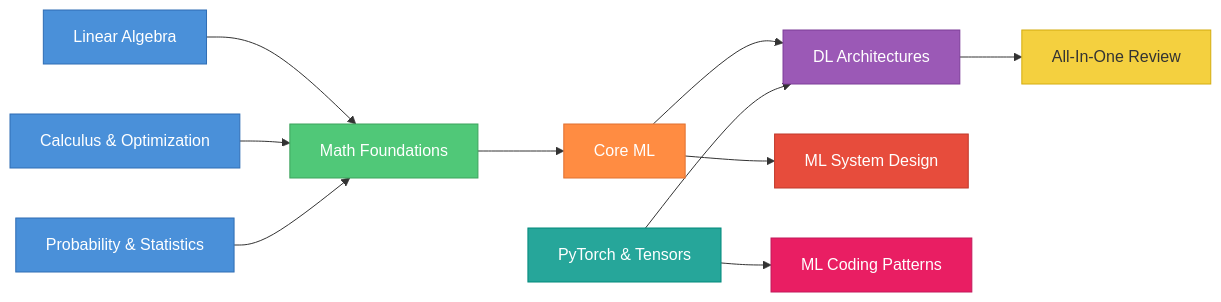
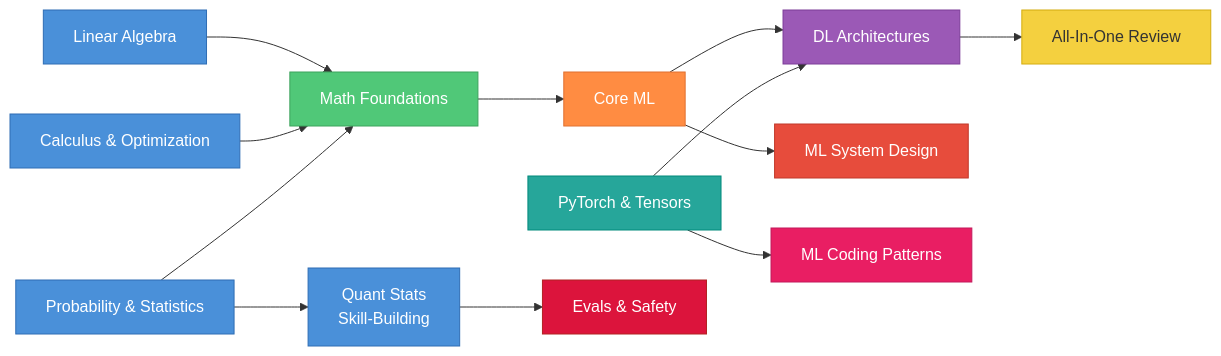
One commit to prashantkul/ai-ml-interviews-study-guide changed the diagram in README.md. Above: the diagram before and after it, drawn with Mermaid. The commit also changed other lines of this file and 1 other file, not shown here.

First line of the commit message:
docs: add evals theory reference and reorganize README

````diff
--- a/README.md
+++ b/README.md
@@ -7,21 +7,24 @@
 ```mermaid
 graph LR
     B["Linear Algebra"]:::blue --> A["Math Foundations"]:::green
     C["Calculus & Optimization"]:::blue --> A
     S["Probability & Statistics"]:::blue --> A
     A --> D["Core ML"]:::orange
     D --> E["DL Architectures"]:::purple
     D --> F["ML System Design"]:::red
     P["PyTorch & Tensors"]:::teal --> E
     P --> G["ML Coding Patterns"]:::pink
+    S --> Q["Quant Stats<br/>Skill-Building"]:::blue
+    Q --> EV["Evals & Safety"]:::crimson
     E --> H["All-In-One Review"]:::yellow
 
     classDef blue fill:#4A90D9,stroke:#2E6DB4,color:#fff
     classDef green fill:#50C878,stroke:#3DA35D,color:#fff
     classDef orange fill:#FF8C42,stroke:#E07030,color:#fff
     classDef purple fill:#9B59B6,stroke:#7D3C98,color:#fff
     classDef red fill:#E74C3C,stroke:#C0392B,color:#fff
     classDef teal fill:#26A69A,stroke:#00897B,color:#fff
     classDef pink fill:#E91E63,stroke:#C2185B,color:#fff
     classDef yellow fill:#F4D03F,stroke:#D4AC0F,color:#333
+    classDef crimson fill:#DC143C,stroke:#B22222,color:#fff
 ```
````
